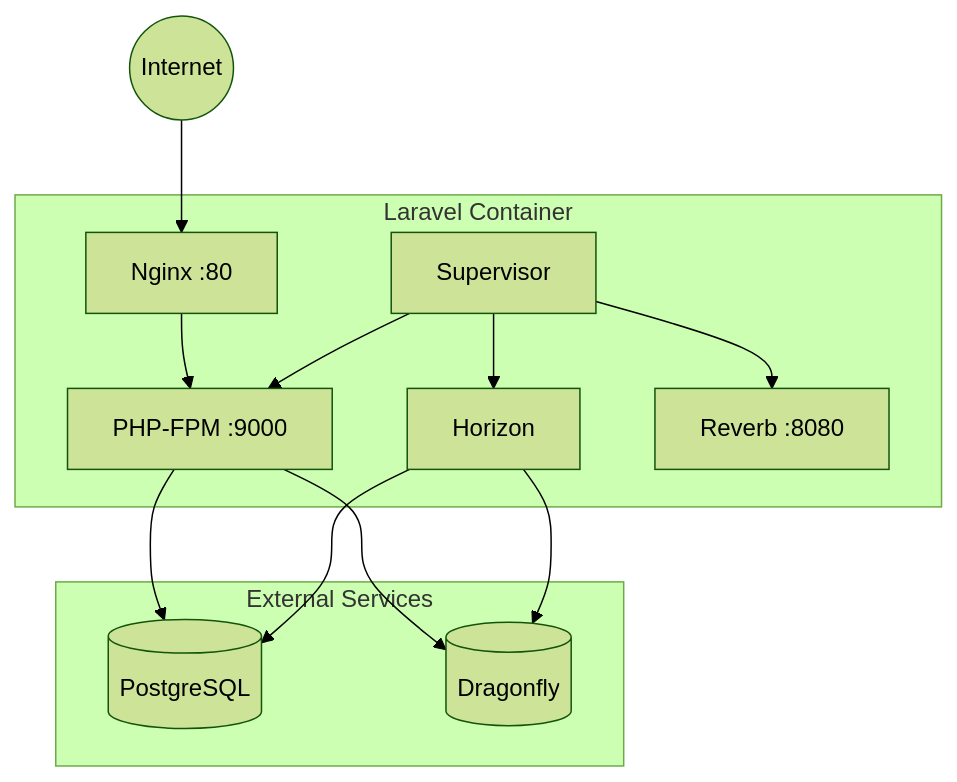
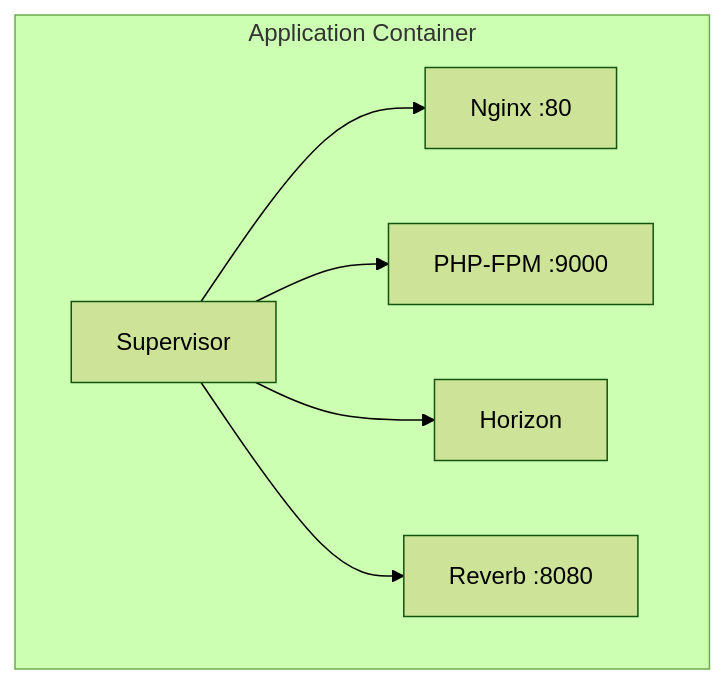
One commit to StuMason/laravel-coolify changed the second of 2 diagrams in docs/src/content/docs/stack/overview.md. Above: the diagram before and after it, drawn with Mermaid (forest theme). The commit also changed other lines of this file and 3 other files, not shown here.

First line of the commit message:
docs: add mermaid support and improve stack overview

````diff
--- a/docs/src/content/docs/stack/overview.md
+++ b/docs/src/content/docs/stack/overview.md
@@ -8,25 +55,10 @@
 ```mermaid
 graph TB
-    subgraph Container["Laravel Container"]
-        Nginx[Nginx :80]
-        FPM[PHP-FPM :9000]
-        Horizon[Horizon]
-        Reverb[Reverb :8080]
+    subgraph Container["Application Container"]
         Supervisor[Supervisor]
+        Supervisor --> Nginx[Nginx :80]
+        Supervisor --> FPM[PHP-FPM :9000]
+        Supervisor --> Horizon[Horizon]
+        Supervisor --> Reverb[Reverb :8080]
     end
-
-    subgraph External["External Services"]
-        DB[(PostgreSQL)]
-        Cache[(Dragonfly)]
-    end
-
-    Internet((Internet)) --> Nginx
-    Nginx --> FPM
-    Supervisor --> FPM
-    Supervisor --> Horizon
-    Supervisor --> Reverb
-    FPM --> DB
-    FPM --> Cache
-    Horizon --> DB
-    Horizon --> Cache
 ```
````
